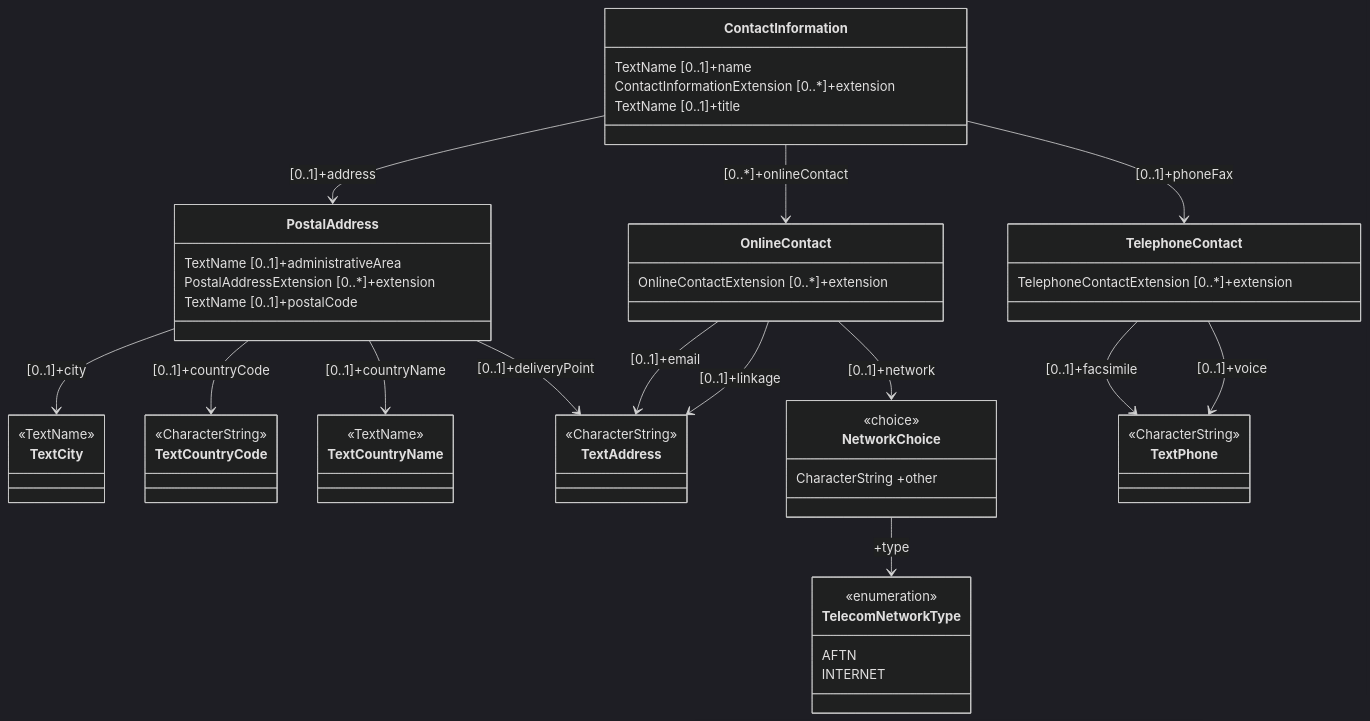
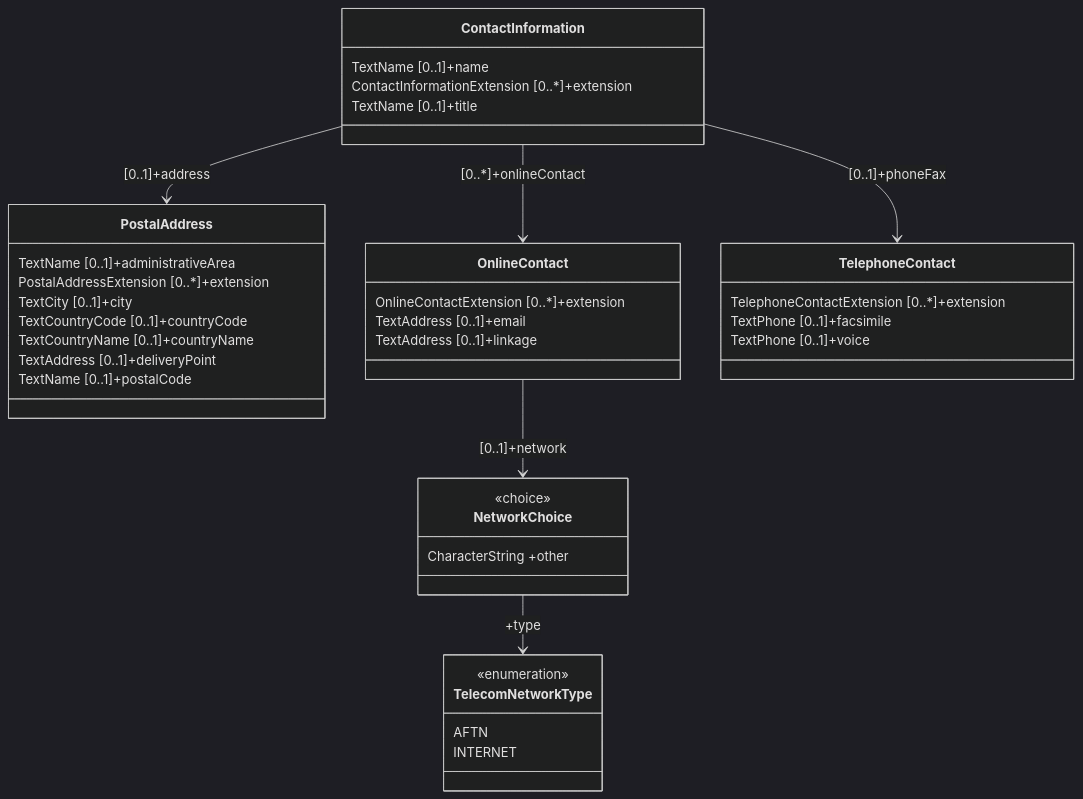
One commit to hlepori/test_docsify changed the first of 28 diagrams in docs/fixm/FIXM_UML_in_mermaid.md. Above: the diagram before and after it, drawn with Mermaid (dark theme). The commit also changed other lines of this file, not shown here.

````diff
--- a/docs/fixm/FIXM_UML_in_mermaid.md
+++ b/docs/fixm/FIXM_UML_in_mermaid.md
@@ -3,56 +3,41 @@
 ```mermaid
 classDiagram
 class TelecomNetworkType
 <<enumeration>> TelecomNetworkType
 TelecomNetworkType : AFTN
 TelecomNetworkType : INTERNET
 link TelecomNetworkType "https://www.fixm.aero/releases/FIXM-4.2.0/doc/schema_documentation/Fixm_TelecomNetworkTypeType.html" "Go to XML definition"
-class TextCountryCode
-link TextCountryCode "https://www.fixm.aero/releases/FIXM-4.2.0/doc/schema_documentation/Fixm_TextCountryCodeType.html" "Go to XML definition"
-class TextCity
-link TextCity "https://www.fixm.aero/releases/FIXM-4.2.0/doc/schema_documentation/Fixm_TextCityType.html" "Go to XML definition"
-class TextCountryName
-link TextCountryName "https://www.fixm.aero/releases/FIXM-4.2.0/doc/schema_documentation/Fixm_TextCountryNameType.html" "Go to XML definition"
-class TextAddress
-link TextAddress "https://www.fixm.aero/releases/FIXM-4.2.0/doc/schema_documentation/Fixm_TextAddressType.html" "Go to XML definition"
-class TextPhone
-link TextPhone "https://www.fixm.aero/releases/FIXM-4.2.0/doc/schema_documentation/Fixm_TextPhoneType.html" "Go to XML definition"
 class PostalAddress
 PostalAddress : TextName [0..1]+administrativeArea
 PostalAddress : PostalAddressExtension [0..*]+extension
-PostalAddress --> TextCity : [0..1]+city
-PostalAddress --> TextCountryCode : [0..1]+countryCode
-PostalAddress --> TextCountryName : [0..1]+countryName
-PostalAddress --> TextAddress : [0..1]+deliveryPoint
+PostalAddress : TextCity [0..1]+city
+PostalAddress : TextCountryCode [0..1]+countryCode
+PostalAddress : TextCountryName [0..1]+countryName
+PostalAddress : TextAddress [0..1]+deliveryPoint
 PostalAddress : TextName [0..1]+postalCode
 link PostalAddress "https://www.fixm.aero/releases/FIXM-4.2.0/doc/schema_documentation/Fixm_PostalAddressType.html" "Go to XML definition"
 class OnlineContact
 OnlineContact : OnlineContactExtension [0..*]+extension
-OnlineContact --> TextAddress : [0..1]+email
-OnlineContact --> TextAddress : [0..1]+linkage
+OnlineContact : TextAddress [0..1]+email
+OnlineContact : TextAddress [0..1]+linkage
 OnlineContact --> NetworkChoice : [0..1]+network
 link OnlineContact "https://www.fixm.aero/releases/FIXM-4.2.0/doc/schema_documentation/Fixm_OnlineContactType.html" "Go to XML definition"
 class ContactInformation
 ContactInformation : TextName [0..1]+name
 ContactInformation : ContactInformationExtension [0..*]+extension
 ContactInformation --> PostalAddress : [0..1]+address
 ContactInformation --> OnlineContact : [0..*]+onlineContact
 ContactInformation --> TelephoneContact : [0..1]+phoneFax
 ContactInformation : TextName [0..1]+title
 link ContactInformation "https://www.fixm.aero/releases/FIXM-4.2.0/doc/schema_documentation/Fixm_ContactInformationType.html" "Go to XML definition"
 class TelephoneContact
 TelephoneContact : TelephoneContactExtension [0..*]+extension
-TelephoneContact --> TextPhone : [0..1]+facsimile
-TelephoneContact --> TextPhone : [0..1]+voice
+TelephoneContact : TextPhone [0..1]+facsimile
+TelephoneContact : TextPhone [0..1]+voice
 link TelephoneContact "https://www.fixm.aero/releases/FIXM-4.2.0/doc/schema_documentation/Fixm_TelephoneContactType.html" "Go to XML definition"
 class NetworkChoice
 <<choice>> NetworkChoice
 NetworkChoice : CharacterString +other
 NetworkChoice --> TelecomNetworkType : +type
 link NetworkChoice "https://www.fixm.aero/releases/FIXM-4.2.0/doc/schema_documentation/Fixm_NetworkChoiceType.html" "Go to XML definition"
-<<CharacterString>>TextCountryCode
-<<TextName>>TextCity
-<<TextName>>TextCountryName
-<<CharacterString>>TextAddress
-<<CharacterString>>TextPhone
 ```
````
